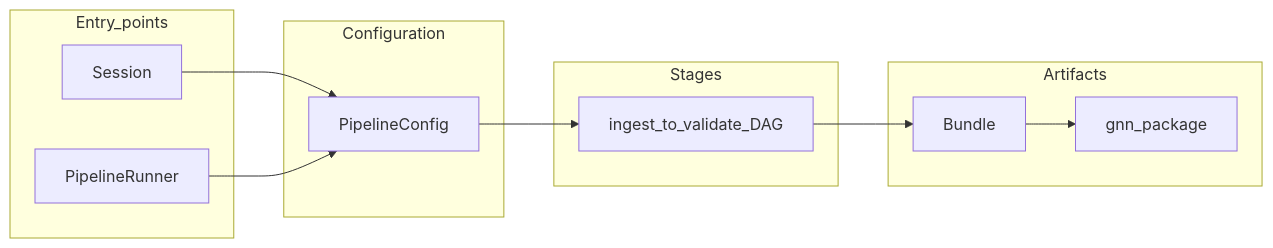
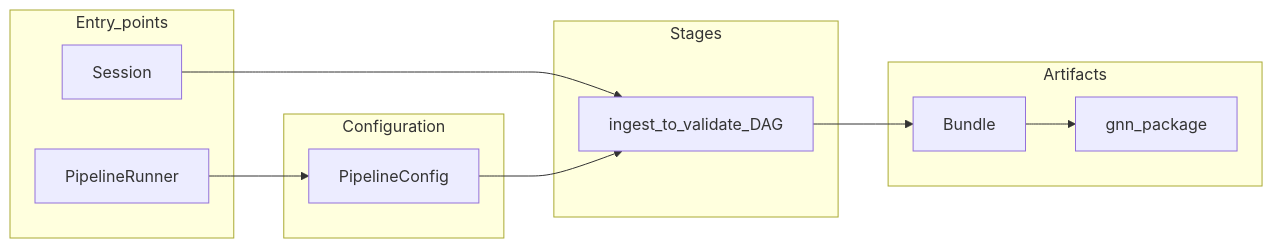
The diagram in manuscript/03_api_and_workflows.md (ActiveInferenceInstitute/COGANT), drawn with Mermaid before and after one commit. The commit also changed 4 other files, not shown here.

````diff
--- a/manuscript/03_api_and_workflows.md
+++ b/manuscript/03_api_and_workflows.md
@@ -9,22 +9,22 @@
 ```mermaid
 flowchart LR
   subgraph entryPoints [Entry_points]
     SE[Session]
     PR[PipelineRunner]
   end
   subgraph cfg [Configuration]
     PC[PipelineConfig]
   end
   subgraph stages [Stages]
     DAG[ingest_to_validate_DAG]
   end
   subgraph artifacts [Artifacts]
     BU[Bundle]
     GP[gnn_package]
   end
-  SE --> PC
+  SE --> DAG
   PR --> PC
   PC --> DAG
   DAG --> BU
   BU --> GP
 ```
````
